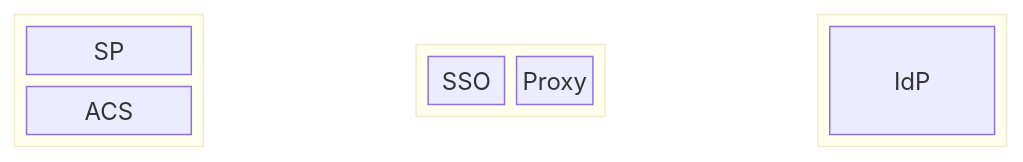
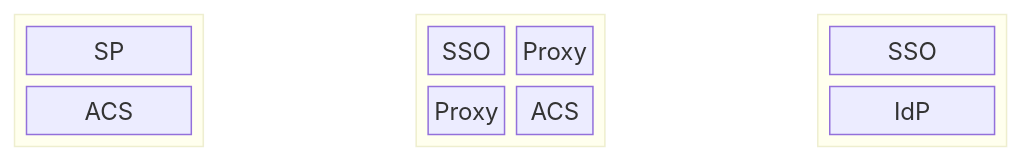
The second of 3 diagrams in README.md (mikehadlow/samlproxy), drawn with Mermaid before and after one commit.

Commit message:
block spacing

````diff
--- a/README.md
+++ b/README.md
@@ -26,22 +26,23 @@
 ```mermaid
 block-beta
 columns 5
     block
     columns 1
-      SP
-      ACS
+      a1["SP"]
+      a2["ACS"]
     end
     space:1
     block
     columns 2
-      SSO
-      Proxy
-      ACS
+      b1["SSO"]
+      b2["Proxy"]
+      b3["Proxy"]
+      b4["ACS"]
     end
     space:1
     block
     columns 1
-      SSO
-      IdP
+      c1["SSO"]
+      c2{"IdP"]
     end
 ```
````
